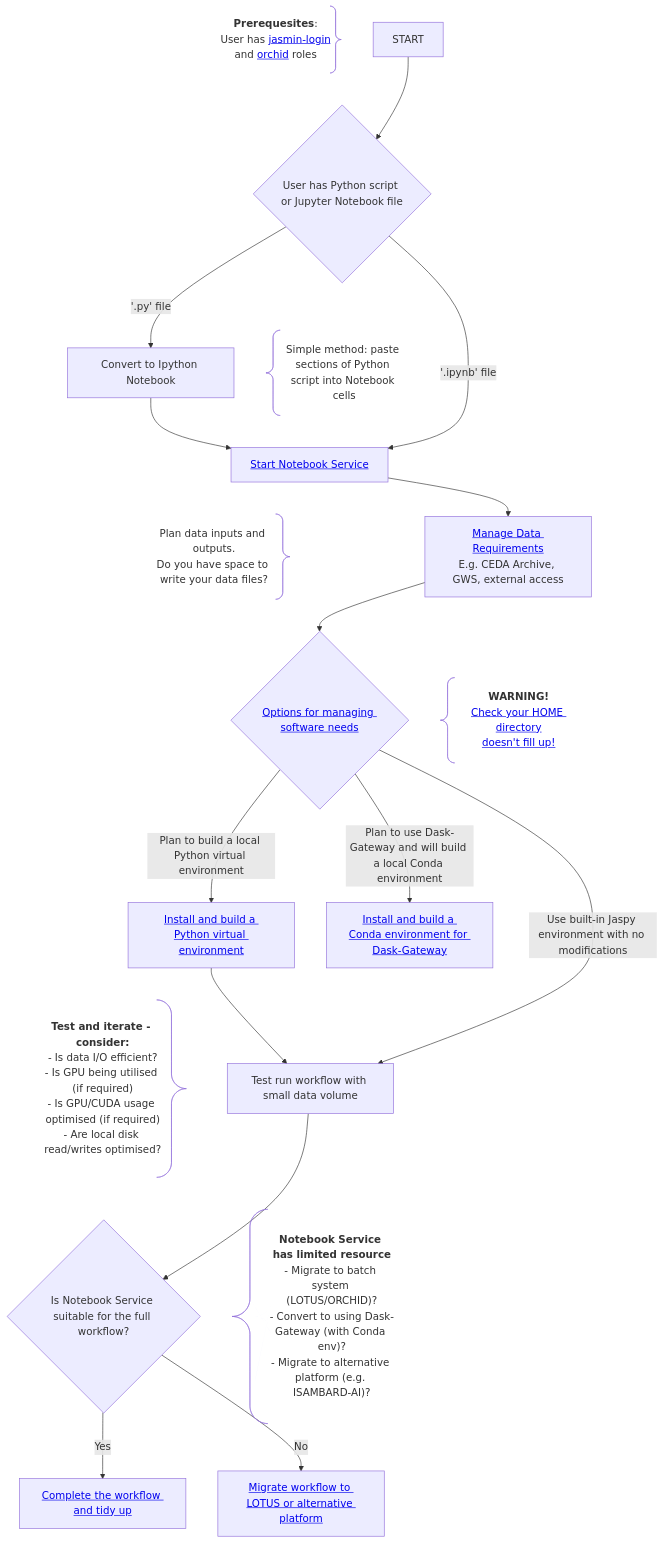
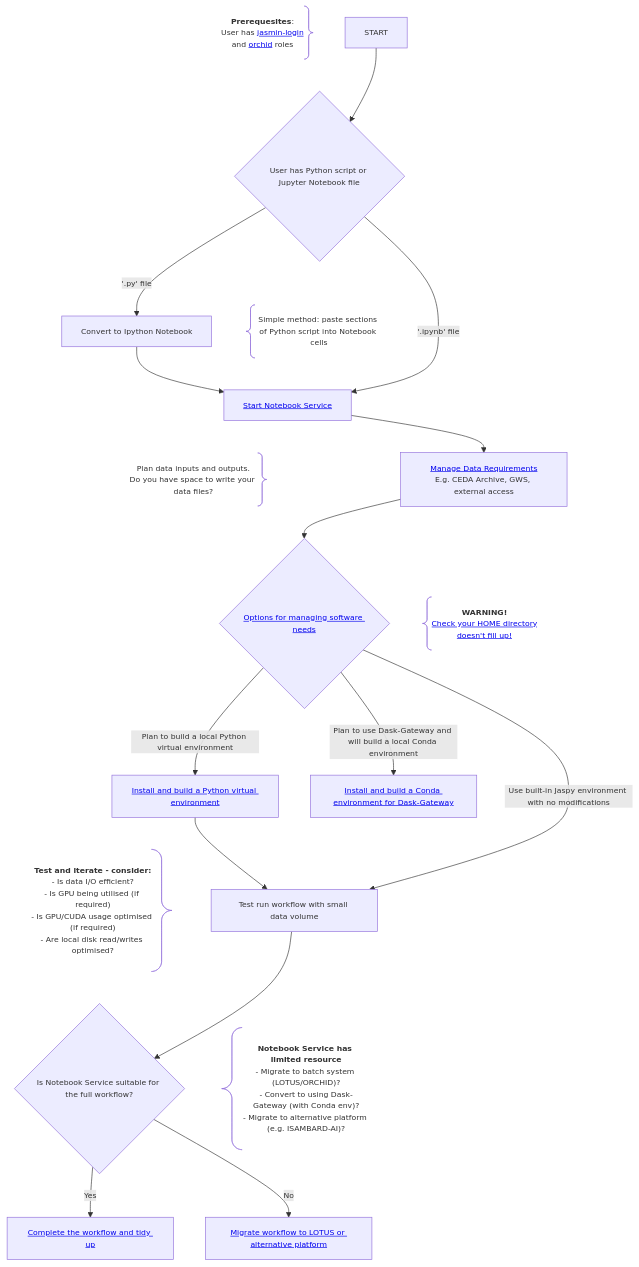
Before and after one commit to agstephens/proto-jasmin-mermaid-docs: the first of 3 diagrams in README.md, drawn with Mermaid.

Commit message:
Change font size from 12pt to 9pt in README

````diff
--- a/README.md
+++ b/README.md
@@ -13,49 +13,49 @@
 ```mermaid
 ---
 config:
   theme: 'default'
   themeVariables:
-    fontSize: 12pt
+    fontSize: 9pt
 ---
  flowchart TD
     START --> PY_IPYNB{User has Python script or Jupyter Notebook file}
 
     C1@{ shape: brace-r, label: "<b>Prerequesites</b>:
         User has <a href='http://help.jasmin.ac.uk/docs/getting-started/get-login-account/'>jasmin-login</a> 
         and <a href='https://help.jasmin.ac.uk/docs/batch-computing/orchid-gpu-cluster/#request-access-to-orchid'>orchid</a> roles" } ~~~ PY_IPYNB
 
     PY_IPYNB -->|'.ipynb' file| START_NBS[<a href="https://help.jasmin.ac.uk/docs/interactive-computing/jasmin-notebooks-service/#using-the-jasmin-notebook-service">Start Notebook Service</a>]
     PY_IPYNB -->|'.py' file| CONVERT_PY[Convert to Ipython Notebook]
 
     PY_IPYNB ~~~ C2@{ shape: brace-l, label: "Simple method: paste sections of Python script into Notebook cells"}
 
     CONVERT_PY --> START_NBS
     START_NBS ~~~ C3@{ shape: brace-r, label: "Plan data inputs and outputs.<br/>Do you have space to write your data files?"}
     
     START_NBS --> DATA_NEEDS[<a href="https://github.com/agstephens/proto-jasmin-mermaid-docs/blob/main/README.md#managing-data-access">Manage Data Requirements</a><br/>E.g. CEDA Archive, GWS, external access]
 
     DATA_NEEDS --> SW_NEEDS{<a href="https://github.com/agstephens/proto-jasmin-mermaid-docs/blob/main/README.md#software-management">Options for managing software needs</a>}
 
     SW_NEEDS -->|Use built-in Jaspy environment with no modifications| TEST_RUN[Test run workflow with small data volume]
     SW_NEEDS -->|Plan to build a local Python virtual environment| VENV_INSTALL[<a href="https://github.com/agstephens/proto-jasmin-mermaid-docs/blob/main/README.md#building-virtual-environments">Install and build a Python virtual environment</a>]
     SW_NEEDS -->|Plan to use Dask-Gateway and will build a local Conda environment| CONDA_INSTALL[<a href="https://github.com/agstephens/proto-jasmin-mermaid-docs/blob/main/README.md#using-dask-gateway">Install and build a Conda environment for Dask-Gateway</a>]
 
     DATA_NEEDS ~~~ C4@{ shape: brace-l, label: "<b>WARNING!</b><br/><a href='https://github.com/agstephens/proto-jasmin-mermaid-docs/blob/main/README.md#managing-your-home-directory'>Check your HOME directory<br/>doesn't fill up!</a>"}
     VENV_INSTALL --> TEST_RUN
 
     TEST_RUN --> FULL_RUN{Is Notebook Service suitable for the full workflow?}
 
     C5@{ shape: brace-r, label: "<b>Test and iterate - consider:</b>
     - Is data I/O efficient?
     - Is GPU being utilised (if required)
     - Is GPU/CUDA usage optimised (if required)
     - Are local disk read/writes optimised?"} ~~~ FULL_RUN
 
     TEST_RUN ~~~ C6@{ shape: brace-l, label: "**Notebook Service has limited resource**
     - Migrate to batch system (LOTUS/ORCHID)?
     - Convert to using Dask-Gateway (with Conda env)?
     - Migrate to alternative platform (e.g. ISAMBARD-AI)?"}
 
     FULL_RUN -->|Yes| COMPLETE[<a href="https://github.com/agstephens/proto-jasmin-mermaid-docs/blob/main/README.md#workflow-completion">Complete the workflow and tidy up</a>]
     FULL_RUN -->|No| MIGRATE[<a href="https://github.com/agstephens/proto-jasmin-mermaid-docs/blob/main/README.md#workflow-migration">Migrate workflow to LOTUS or alternative platform</a>]
 ```
````
